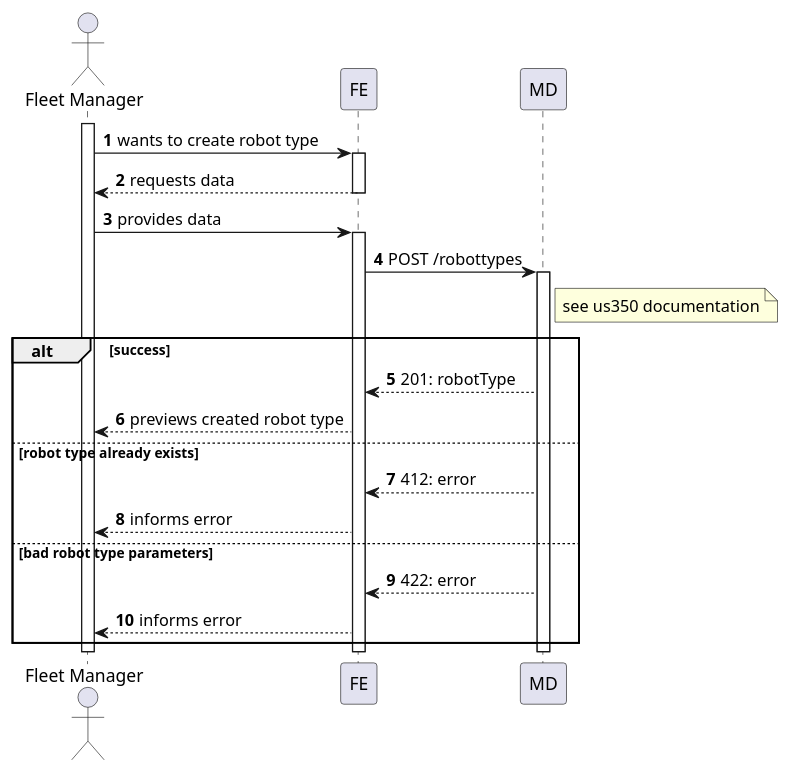
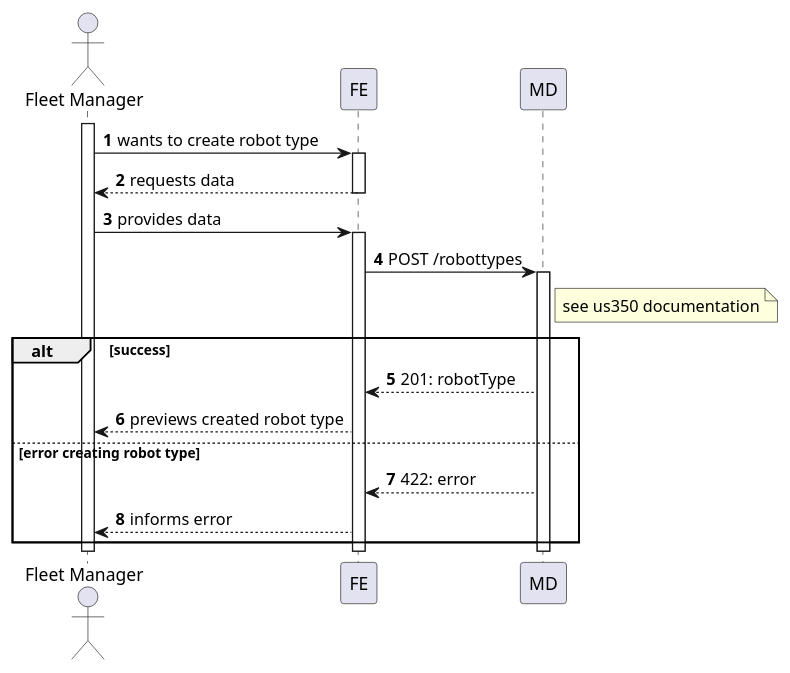
Before and after one commit to Departamento-de-Engenharia-Informatica/lapr5-23-24-g19: the diagram in docs/us1000/level2/process-view.puml, drawn with PlantUML. The commit also changed 17 other files, not shown here.

```diff
--- a/docs/us1000/level2/process-view.puml
+++ b/docs/us1000/level2/process-view.puml
@@ -1,37 +1,34 @@
 @startuml
 autonumber
 
 actor "Fleet Manager" as usr
 
 participant "FE" as ui
 
 participant "MD" as md
 
 activate usr
     usr -> ui : wants to create robot type
     activate ui
         ui --> usr : requests data
     deactivate ui
 
     usr -> ui : provides data
     activate ui
         ui -> md : POST /robottypes
 
         activate md
         note right of md : see us350 documentation
         alt success
             md --> ui : 201: robotType
             ui --> usr : previews created robot type
-        else robot type already exists
-            md --> ui : 412: error
-            ui --> usr : informs error
-        else bad robot type parameters
+        else error creating robot type
             md --> ui : 422: error
             ui --> usr : informs error
         end
         deactivate md
 
     deactivate ui
 deactivate usr
 
 @enduml
```
